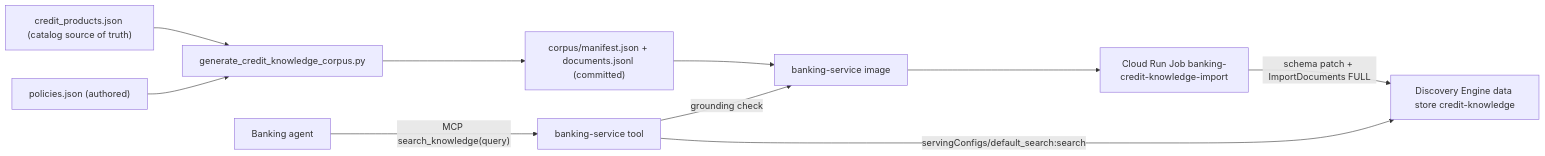
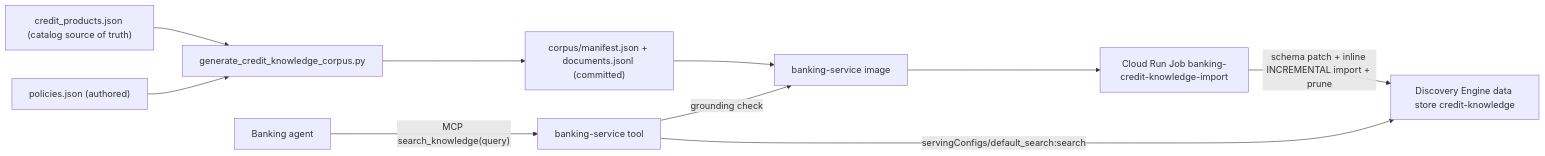
Before and after one commit to GoogleCloudPlatform/fsi-gecx-bundle: the diagram in docs/architecture/ai-and-voice/credit_knowledge_store.md, drawn with Mermaid. The commit also changed other lines of this file and 3 other files, not shown here.

Commit message:
fix(knowledge): inline import uses INCREMENTAL plus prune (FULL unsupported for inline)

````diff
--- a/docs/architecture/ai-and-voice/credit_knowledge_store.md
+++ b/docs/architecture/ai-and-voice/credit_knowledge_store.md
@@ -11,12 +11,12 @@
 ```mermaid
 flowchart LR
     Catalog["credit_products.json (catalog source of truth)"] --> Gen["generate_credit_knowledge_corpus.py"]
     Policies["policies.json (authored)"] --> Gen
     Gen --> Snapshot["corpus/manifest.json + documents.jsonl (committed)"]
     Snapshot --> Image["banking-service image"]
     Image --> Job["Cloud Run Job banking-credit-knowledge-import"]
-    Job -->|"schema patch + ImportDocuments FULL"| Store["Discovery Engine data store credit-knowledge"]
+    Job -->|"schema patch + inline INCREMENTAL import + prune"| Store["Discovery Engine data store credit-knowledge"]
     Agent["Banking agent"] -->|"MCP search_knowledge(query)"| Tool["banking-service tool"]
     Tool -->|"servingConfigs/default_search:search"| Store
     Tool -->|"grounding check"| Image
 ```
````
